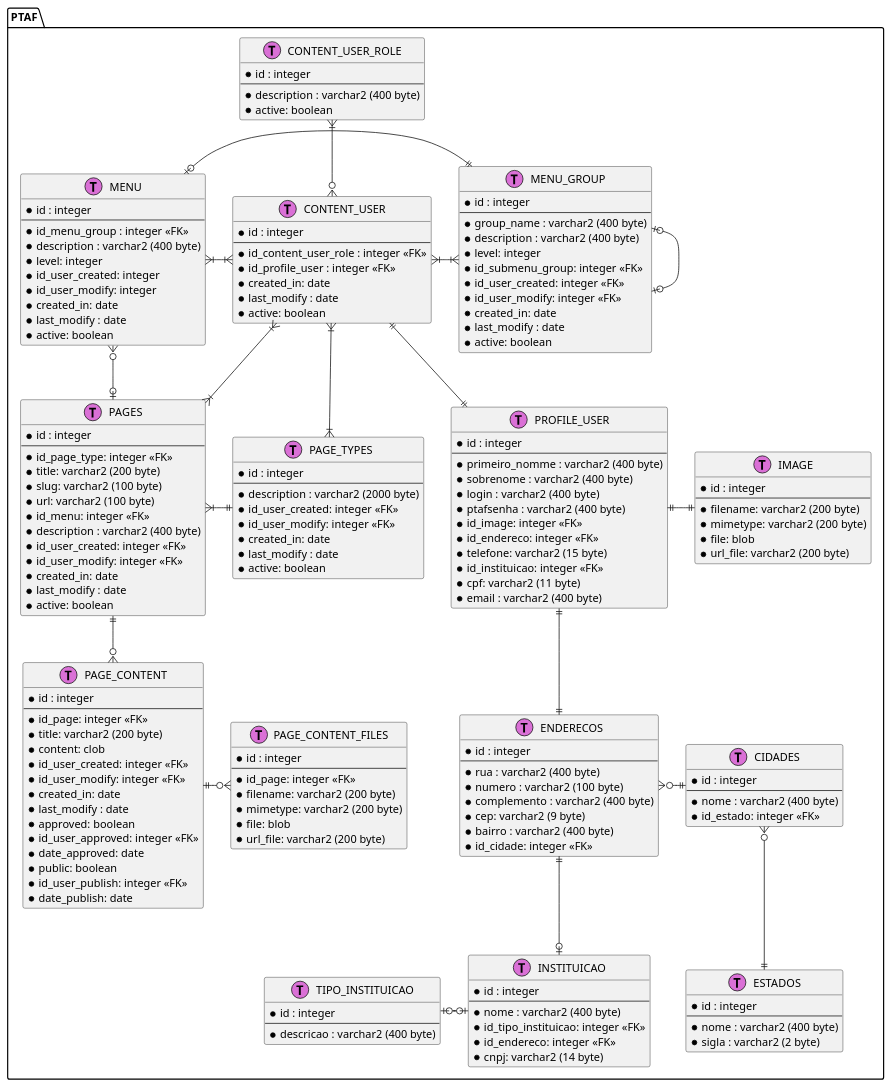
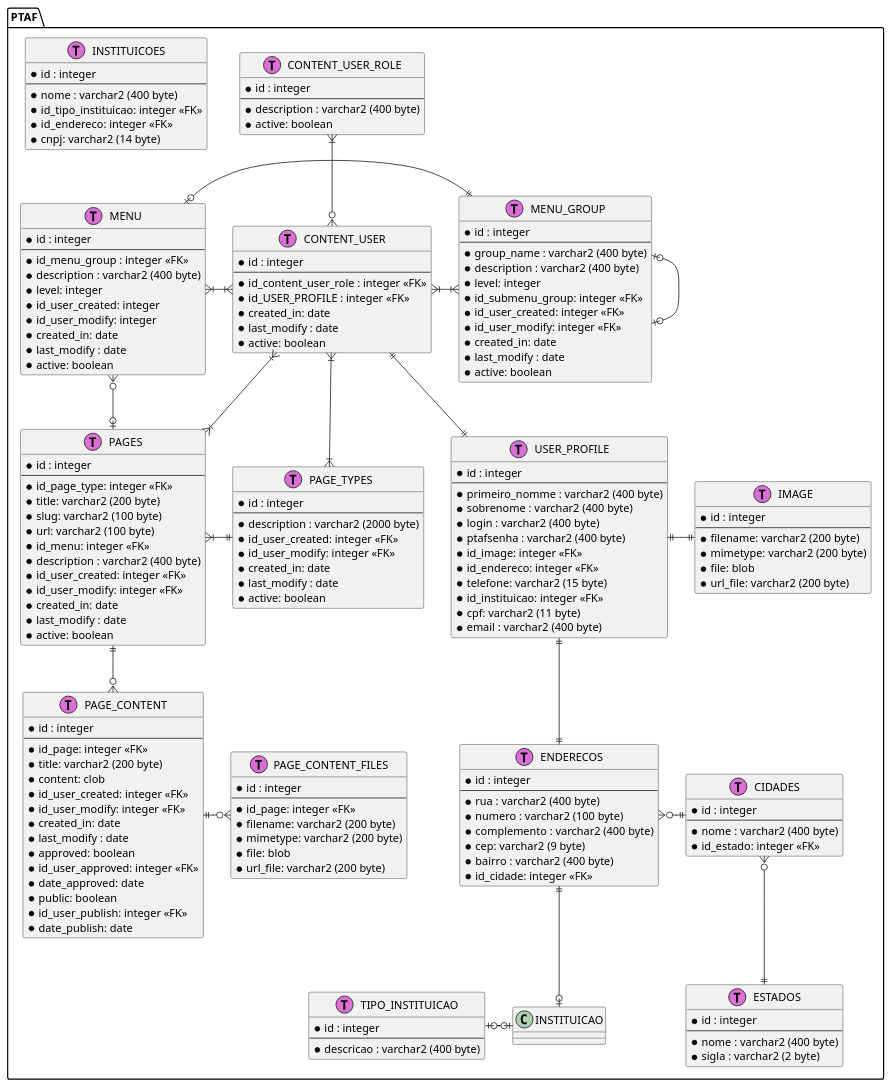
One commit to paulamuhlbach/taf changed the diagram in Projeto/er-pages.wsd. Above: the diagram before and after it, drawn with PlantUML. The commit also changed 3 other files, not shown here.

```diff
--- a/Projeto/er-pages.wsd
+++ b/Projeto/er-pages.wsd
@@ -2,185 +2,185 @@
 @startuml er
 
 class PTAF.PAGE_TYPES << (T,orchid) >>{
 *id : integer
 --
 *description : varchar2 (2000 byte)
 *id_user_created: integer <<FK>>
 *id_user_modify: integer <<FK>>
 *created_in: date
 *last_modify : date
 *active: boolean
 }
 
 class PTAF.PAGES << (T,orchid) >>{
 *id : integer
 --
 *id_page_type: integer <<FK>>
 *title: varchar2 (200 byte)
 *slug: varchar2 (100 byte)
 *url: varchar2 (100 byte)
 *id_menu: integer <<FK>>
 *description : varchar2 (400 byte)
 *id_user_created: integer <<FK>>
 *id_user_modify: integer <<FK>>
 *created_in: date
 *last_modify : date
 *active: boolean
 }
 
 class PTAF.PAGE_CONTENT << (T,orchid) >>{
 *id : integer
 --
 *id_page: integer <<FK>>
 *title: varchar2 (200 byte)
 *content: clob
 *id_user_created: integer <<FK>>
 *id_user_modify: integer <<FK>>
 *created_in: date
 *last_modify : date
 *approved: boolean
 *id_user_approved: integer <<FK>>
 *date_approved: date
 *public: boolean
 *id_user_publish: integer <<FK>>
 *date_publish: date
 }
 
 class PTAF.PAGE_CONTENT_FILES << (T,orchid) >>{
 *id : integer
 --
 *id_page: integer <<FK>>
 *filename: varchar2 (200 byte)
 *mimetype: varchar2 (200 byte)
 *file: blob
 *url_file: varchar2 (200 byte)
 }
 
 class PTAF.MENU_GROUP << (T,orchid) >>{
 *id : integer
 --
 *group_name : varchar2 (400 byte)
 *description : varchar2 (400 byte)
 *level: integer
 *id_submenu_group: integer <<FK>> 
 *id_user_created: integer <<FK>>
 *id_user_modify: integer <<FK>>
 *created_in: date
 *last_modify : date
 *active: boolean
 }
 
 class PTAF.MENU << (T,orchid) >>{
 *id : integer
 --
 *id_menu_group : integer <<FK>>
 *description : varchar2 (400 byte)
 *level: integer
 *id_user_created: integer
 *id_user_modify: integer
 *created_in: date
 *last_modify : date
 *active: boolean
 }
 
 class PTAF.CONTENT_USER << (T,orchid) >>{
 *id : integer
 --
 *id_content_user_role : integer <<FK>>
-*id_profile_user : integer <<FK>>
+*id_USER_PROFILE : integer <<FK>>
 *created_in: date
 *last_modify : date
 *active: boolean
 }
 
 class PTAF.CONTENT_USER_ROLE << (T,orchid) >>{
 *id : integer
 --
 *description : varchar2 (400 byte)
 *active: boolean
 }
 
-class PTAF.PROFILE_USER << (T,orchid) >>{
+class PTAF.USER_PROFILE << (T,orchid) >>{
 *id : integer
 --
 *primeiro_nomme : varchar2 (400 byte)
 *sobrenome : varchar2 (400 byte)
 *login : varchar2 (400 byte)
 *ptafsenha : varchar2 (400 byte)
 *id_image: integer <<FK>>
 *id_endereco: integer <<FK>>
 *telefone: varchar2 (15 byte)
 *id_instituicao: integer <<FK>>
 *cpf: varchar2 (11 byte)
 *email : varchar2 (400 byte)
 }
 
 class PTAF.IMAGE << (T,orchid) >>{
 *id : integer
 --
 *filename: varchar2 (200 byte)
 *mimetype: varchar2 (200 byte)
 *file: blob
 *url_file: varchar2 (200 byte)
 }
 
 class PTAF.TIPO_INSTITUICAO << (T,orchid) >>{
 *id : integer
 --
 *descricao : varchar2 (400 byte)
 }
 
-class PTAF.INSTITUICAO << (T,orchid) >>{
+class PTAF.INSTITUICOES << (T,orchid) >>{
 *id : integer
 --
 *nome : varchar2 (400 byte)
 *id_tipo_instituicao: integer <<FK>>
 *id_endereco: integer <<FK>>
 *cnpj: varchar2 (14 byte)
 }
 
 class PTAF.ENDERECOS << (T,orchid) >>{
 *id : integer
 --
 *rua : varchar2 (400 byte)
 *numero : varchar2 (100 byte)
 *complemento : varchar2 (400 byte)
 *cep: varchar2 (9 byte)
 *bairro : varchar2 (400 byte)
 *id_cidade: integer <<FK>>
 }
 
 class PTAF.CIDADES << (T,orchid) >>{
 *id : integer
 --
 *nome : varchar2 (400 byte)
 *id_estado: integer <<FK>>
 }
 
 class PTAF.ESTADOS<< (T,orchid) >>{
 *id : integer
 --
 *nome : varchar2 (400 byte)
 *sigla : varchar2 (2 byte)
 }
 
 PTAF.PAGES }|-right-|| PTAF.PAGE_TYPES
 PTAF.PAGES ||--o{  PTAF.PAGE_CONTENT
 PTAF.PAGE_CONTENT ||-right-o{ PTAF.PAGE_CONTENT_FILES
 PTAF.MENU_GROUP |o--o| PTAF.MENU_GROUP 
 PTAF.MENU_GROUP ||-left-o| PTAF.MENU
 PTAF.MENU }o-right-o| PTAF.PAGES
 PTAF.CONTENT_USER_ROLE }|-down-o{ PTAF.CONTENT_USER
-PTAF.CONTENT_USER ||-down-|| PTAF.PROFILE_USER
+PTAF.CONTENT_USER ||-down-|| PTAF.USER_PROFILE
 PTAF.MENU_GROUP }|-left-|{ PTAF.CONTENT_USER
 PTAF.MENU }|-right-|{ PTAF.CONTENT_USER
 PTAF.PAGES }|-up-|{ PTAF.CONTENT_USER
 PTAF.PAGE_TYPES }|-up-|{ PTAF.CONTENT_USER
 PTAF.TIPO_INSTITUICAO |o-right-o| PTAF.INSTITUICAO 
 PTAF.ENDERECOS ||--o| PTAF.INSTITUICAO
-PTAF.PROFILE_USER ||-down-|| PTAF.ENDERECOS
-PTAF.PROFILE_USER ||-right-|| PTAF.IMAGE 
+PTAF.USER_PROFILE ||-down-|| PTAF.ENDERECOS
+PTAF.USER_PROFILE ||-right-|| PTAF.IMAGE 
 PTAF.CIDADES ||-left-o{ PTAF.ENDERECOS 
 PTAF.ESTADOS ||-up-o{ PTAF.CIDADES
 
 @enduml
```
